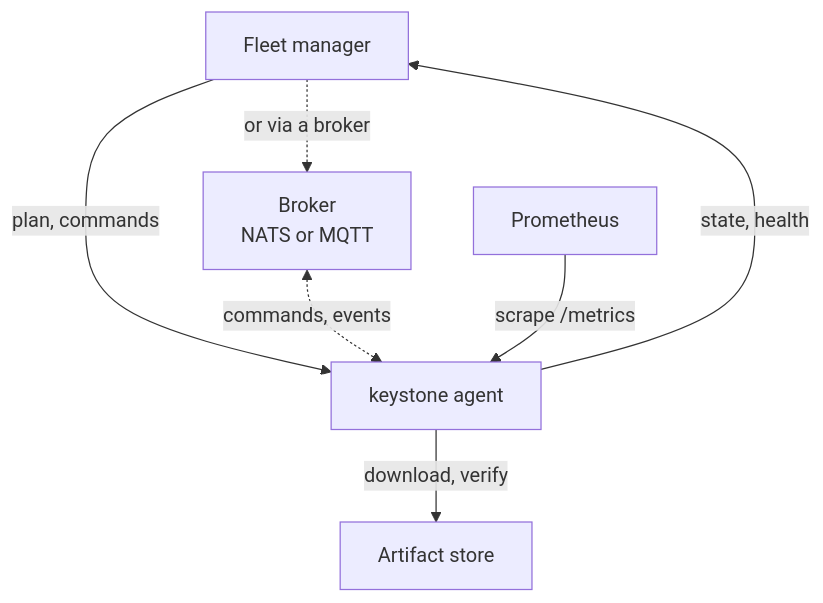
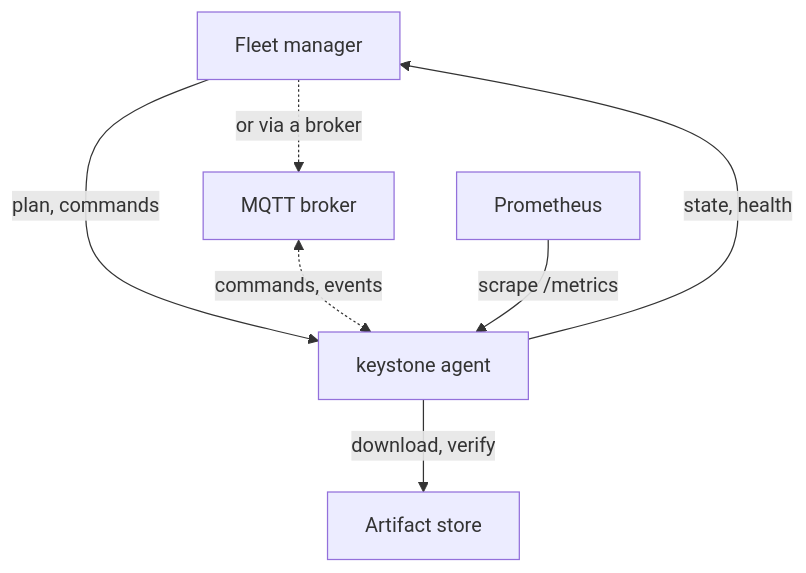
One commit to carlosprados/keystone changed the first of 5 diagrams in site/content/internals/architecture.md. Above: the diagram before and after it, drawn with Mermaid. The commit also changed other lines of this file and 34 other files, not shown here.

````diff
--- a/site/content/internals/architecture.md
+++ b/site/content/internals/architecture.md
@@ -15,15 +15,15 @@
 ```mermaid
 flowchart TB
     FM["Fleet manager"]
-    BRK["Broker<br/>NATS or MQTT"]
+    BRK["MQTT broker"]
     KS["keystone agent"]
     ART["Artifact store"]
     PROM["Prometheus"]
 
     FM -- "plan, commands" --> KS
     KS -- "state, health" --> FM
     FM -. "or via a broker" .-> BRK
     BRK <-. "commands, events" .-> KS
     KS -- "download, verify" --> ART
     PROM -- "scrape /metrics" --> KS
 ```
````
